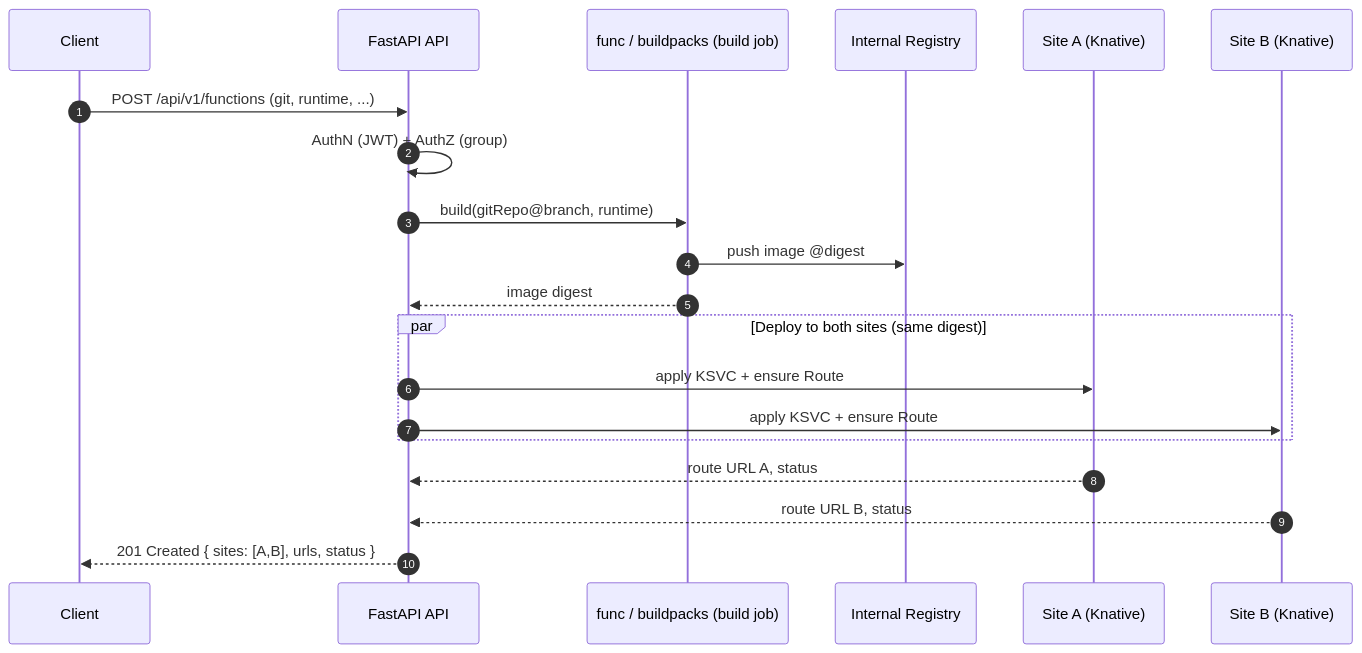
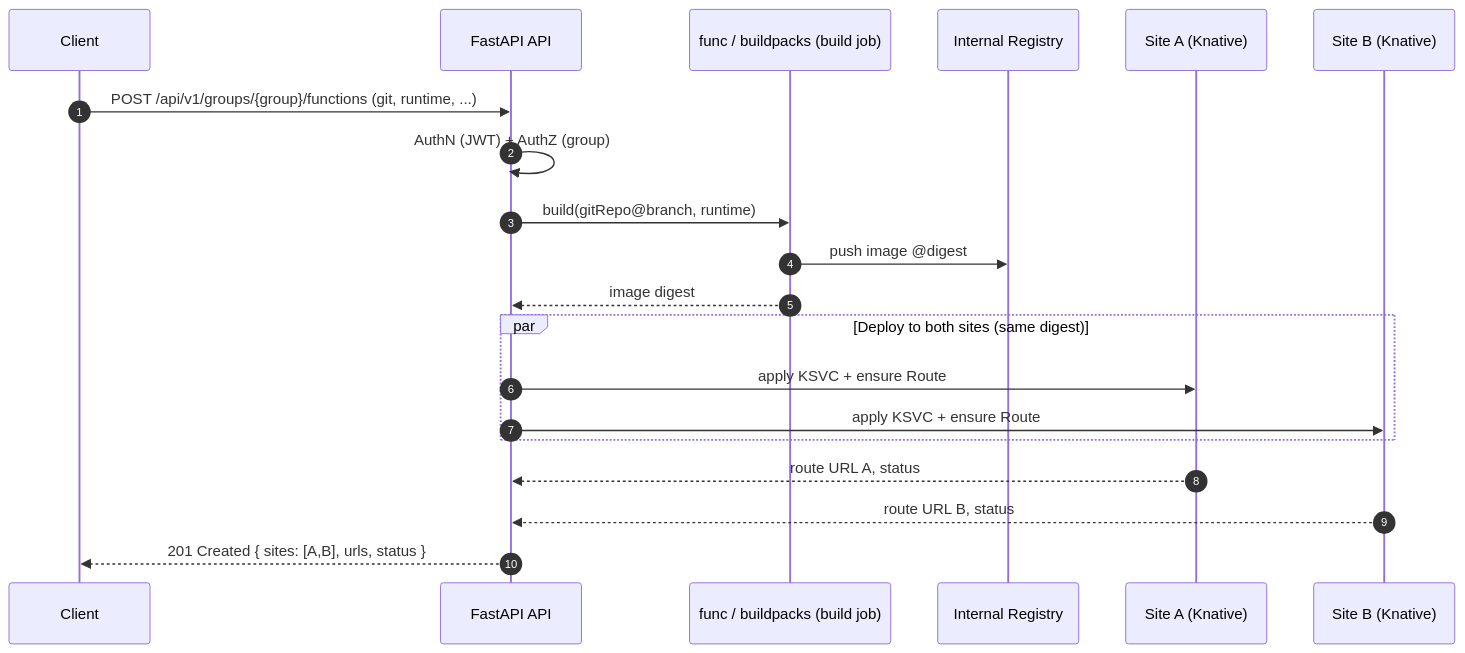
The third of 7 diagrams in docs/ARCHITECTURE.md (black-cloudlet/serverless), drawn with Mermaid before and after one commit. The commit also changed other lines of this file and 18 other files, not shown here.

First line of the commit message:
feat(api): move group from query/body to a path parameter (#13)

````diff
--- a/docs/ARCHITECTURE.md
+++ b/docs/ARCHITECTURE.md
@@ -232,23 +232,23 @@
 ```mermaid
 sequenceDiagram
     autonumber
     participant U as Client
     participant API as FastAPI API
     participant Build as func / buildpacks (build job)
     participant Reg as Internal Registry
     participant ZA as Site A (Knative)
     participant ZB as Site B (Knative)
 
-    U->>API: POST /api/v1/functions (git, runtime, ...)
+    U->>API: POST /api/v1/groups/{group}/functions (git, runtime, ...)
     API->>API: AuthN (JWT) + AuthZ (group)
     API->>Build: build(gitRepo@branch, runtime)
     Build->>Reg: push image @digest
     Build-->>API: image digest
     par Deploy to both sites (same digest)
         API->>ZA: apply KSVC + ensure Route
         API->>ZB: apply KSVC + ensure Route
     end
     ZA-->>API: route URL A, status
     ZB-->>API: route URL B, status
     API-->>U: 201 Created { sites: [A,B], urls, status }
 ```
````
